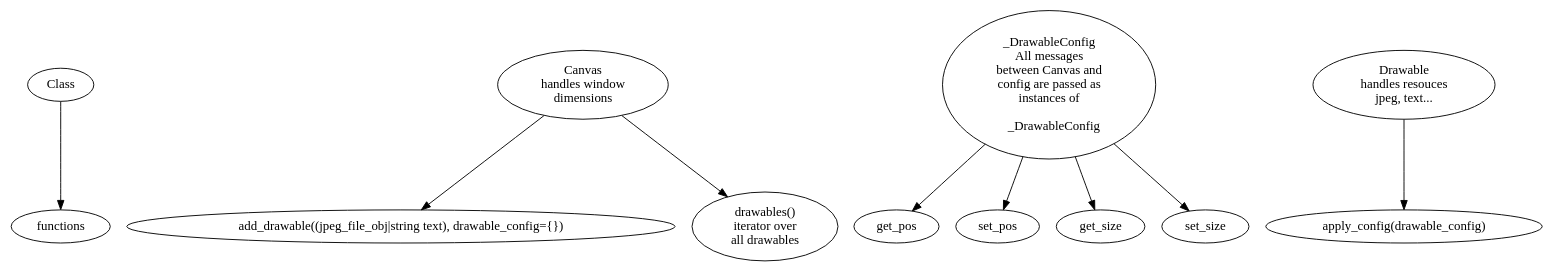
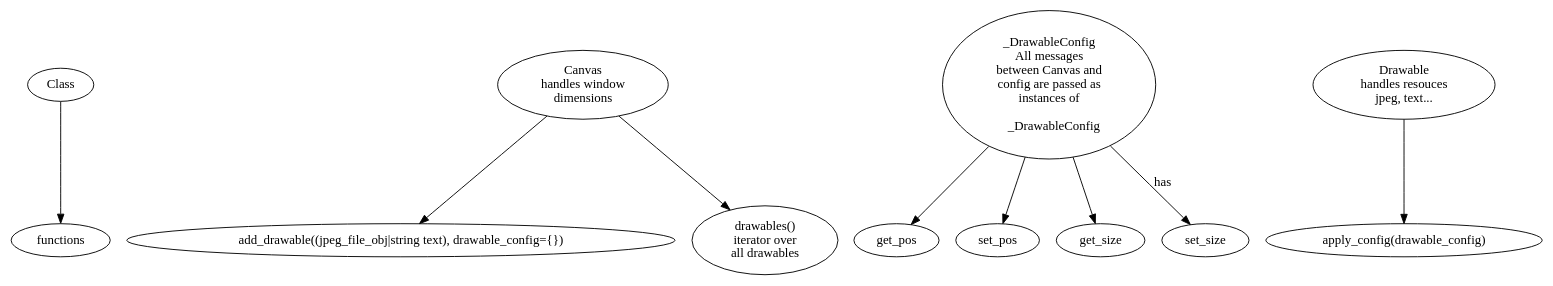
The diagram in docs/class_flow_chart.dot (EltayebAhmed/pyCollage), drawn with Graphviz before and after one commit. The commit also changed 15 other files, not shown here.

```diff
--- a/docs/class_flow_chart.dot
+++ b/docs/class_flow_chart.dot
@@ -1,25 +1,25 @@
 digraph {
     Class -> functions
 
     Canvas [label="Canvas\nhandles window\ndimensions"]
     add_drawable [label="add_drawable((jpeg_file_obj|string text), drawable_config={})"]
     drawables [label="drawables()\niterator over\nall drawables"]
 
     Canvas -> add_drawable
     Canvas -> drawables
 
 
     _DrawableConfig [label="_DrawableConfig\nAll messages\nbetween Canvas and\nconfig are passed as\ninstances of\n
     _DrawableConfig"]
 
     _DrawableConfig -> get_pos
     _DrawableConfig -> set_pos
     _DrawableConfig -> get_size
-    _DrawableConfig -> set_size
+    _DrawableConfig -> set_size [label=has]
 
 
     Drawable [label="Drawable\nhandles resouces\njpeg, text..."]
     apply_config [label="apply_config(drawable_config)"]
 
     Drawable -> apply_config
 }
```
